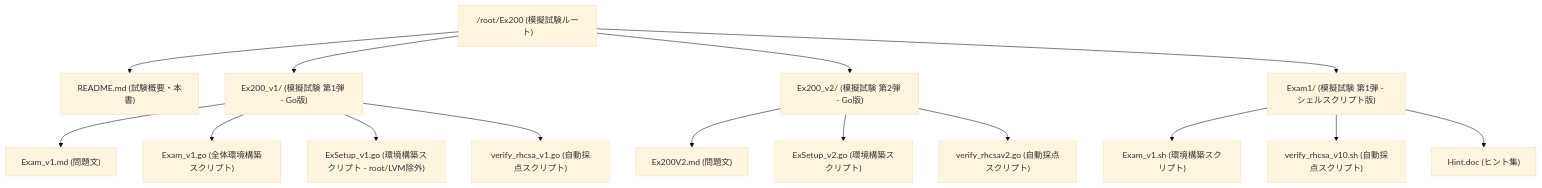
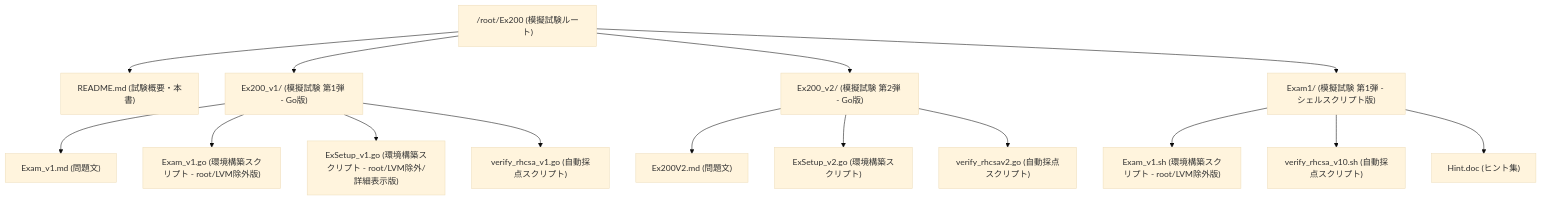
Before and after one commit to userhub2021/Ex200: the diagram in README.md, drawn with Mermaid (base theme). The commit also changed other lines of this file and 2 other files, not shown here.

````diff
--- a/README.md
+++ b/README.md
@@ -172,20 +172,20 @@
 ```mermaid
 graph TD
     Ex200["/root/Ex200 (模擬試験ルート)"] --> README["README.md (試験概要・本書)"]
     Ex200 --> Ex200_v1["Ex200_v1/ (模擬試験 第1弾 - Go版)"]
     Ex200 --> Ex200_v2["Ex200_v2/ (模擬試験 第2弾 - Go版)"]
     Ex200 --> Exam1["Exam1/ (模擬試験 第1弾 - シェルスクリプト版)"]
 
     Ex200_v1 --> v1_md["Exam_v1.md (問題文)"]
-    Ex200_v1 --> v1_go_all["Exam_v1.go (全体環境構築スクリプト)"]
-    Ex200_v1 --> v1_go_setup["ExSetup_v1.go (環境構築スクリプト - root/LVM除外)"]
+    Ex200_v1 --> v1_go_all["Exam_v1.go (環境構築スクリプト - root/LVM除外版)"]
+    Ex200_v1 --> v1_go_setup["ExSetup_v1.go (環境構築スクリプト - root/LVM除外/詳細表示版)"]
     Ex200_v1 --> v1_go_verify["verify_rhcsa_v1.go (自動採点スクリプト)"]
 
     Ex200_v2 --> v2_md["Ex200V2.md (問題文)"]
     Ex200_v2 --> v2_go_setup["ExSetup_v2.go (環境構築スクリプト)"]
     Ex200_v2 --> v2_go_verify["verify_rhcsav2.go (自動採点スクリプト)"]
 
-    Exam1 --> v1_sh["Exam_v1.sh (環境構築スクリプト)"]
+    Exam1 --> v1_sh["Exam_v1.sh (環境構築スクリプト - root/LVM除外版)"]
     Exam1 --> v1_sh_verify["verify_rhcsa_v10.sh (自動採点スクリプト)"]
     Exam1 --> v1_hint["Hint.doc (ヒント集)"]
 ```
````
